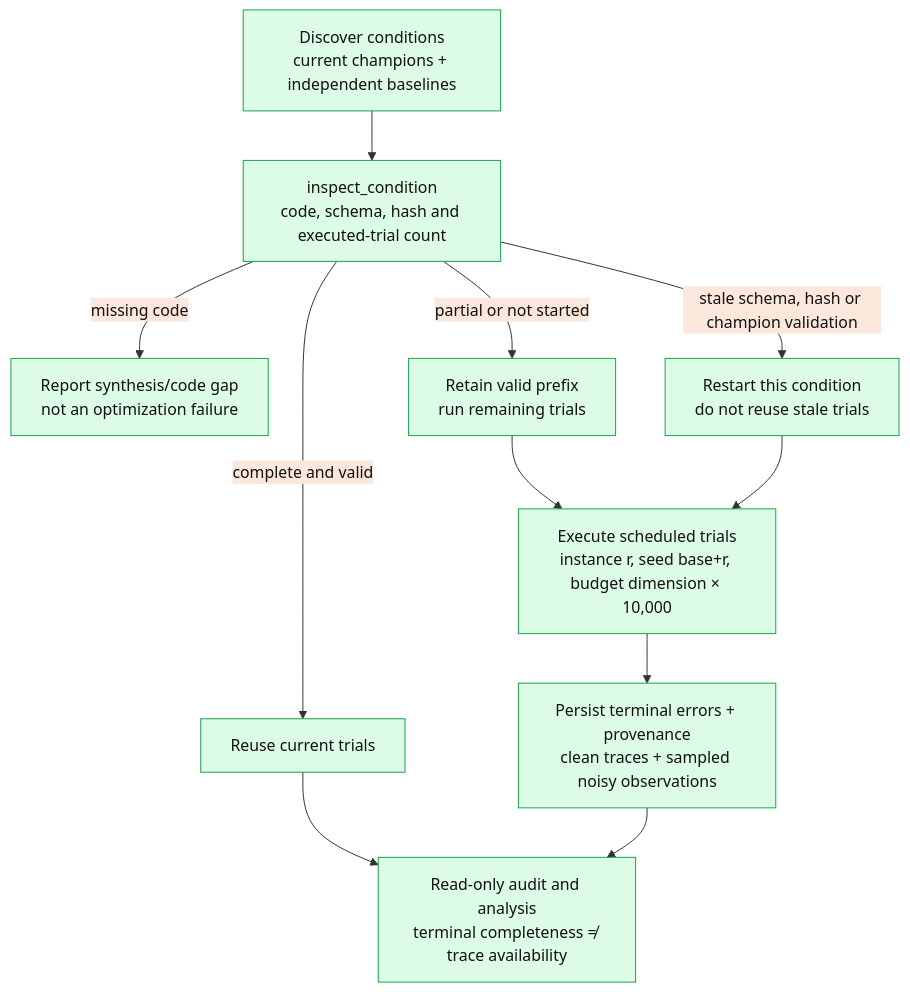
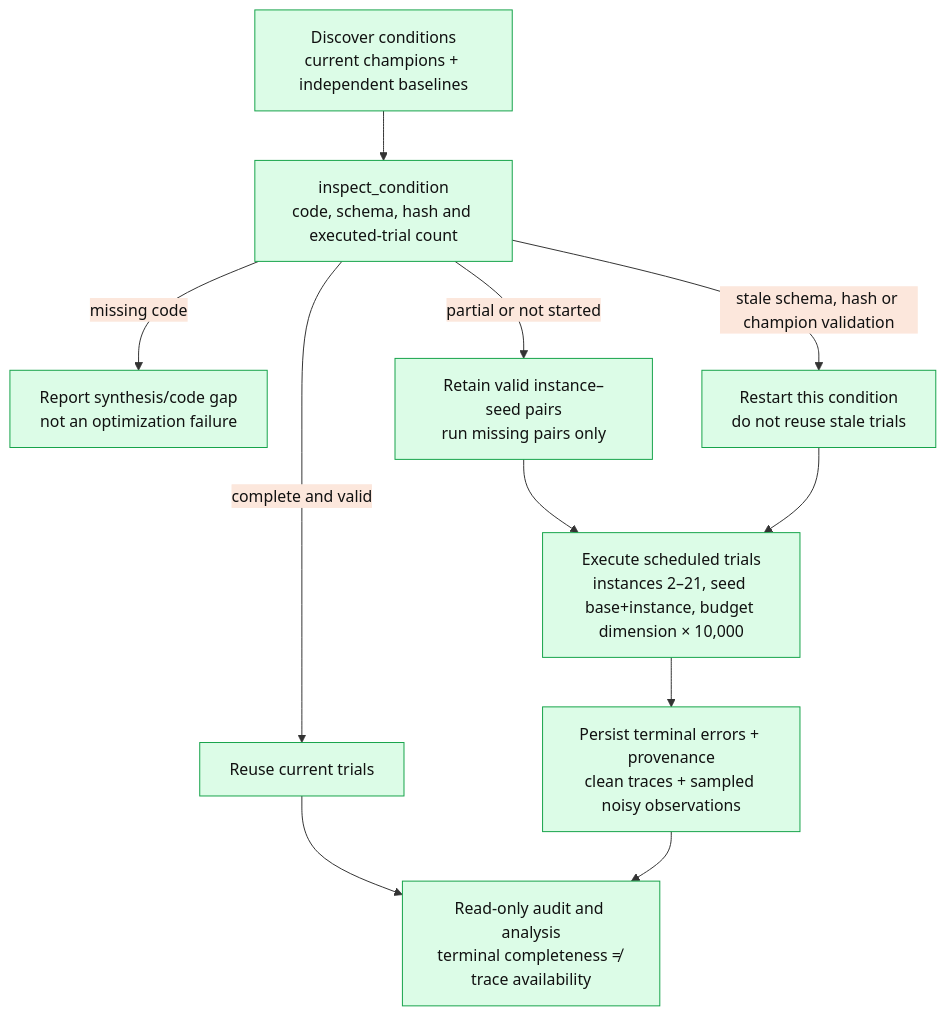
Before and after one commit to Nicola-Ibrahim/AAD_LLM: the second of 2 diagrams in docs/evaluation_protocol.md, drawn with Mermaid. The commit also changed other lines of this file and 27 other files, not shown here.

````diff
--- a/docs/evaluation_protocol.md
+++ b/docs/evaluation_protocol.md
@@ -47,14 +47,14 @@
 ```mermaid
 %%{init: {"theme":"base","themeVariables":{"background":"#f2e6ff","primaryColor":"#dcfce7","primaryBorderColor":"#16a34a","primaryTextColor":"#111111","lineColor":"#333333","fontFamily":"Arial, Helvetica, sans-serif"}}}%%
 flowchart TD
     Workload["Discover conditions<br/>current champions + independent baselines"] --> Status["inspect_condition<br/>code, schema, hash and executed-trial count"]
     Status -->|missing code| Missing["Report synthesis/code gap<br/>not an optimization failure"]
     Status -->|complete and valid| Cached["Reuse current trials"]
-    Status -->|partial or not started| Resume["Retain valid prefix<br/>run remaining trials"]
+    Status -->|partial or not started| Resume["Retain valid instance–seed pairs<br/>run missing pairs only"]
     Status -->|stale schema, hash or champion validation| Restart["Restart this condition<br/>do not reuse stale trials"]
-    Resume --> Trials["Execute scheduled trials<br/>instance r, seed base+r, budget dimension × 10,000"]
+    Resume --> Trials["Execute scheduled trials<br/>instances 2–21, seed base+instance, budget dimension × 10,000"]
     Restart --> Trials
     Trials --> Provenance["Persist terminal errors + provenance<br/>clean traces + sampled noisy observations"]
     Cached --> Analysis["Read-only audit and analysis<br/>terminal completeness ≠ trace availability"]
     Provenance --> Analysis
 ```
````
